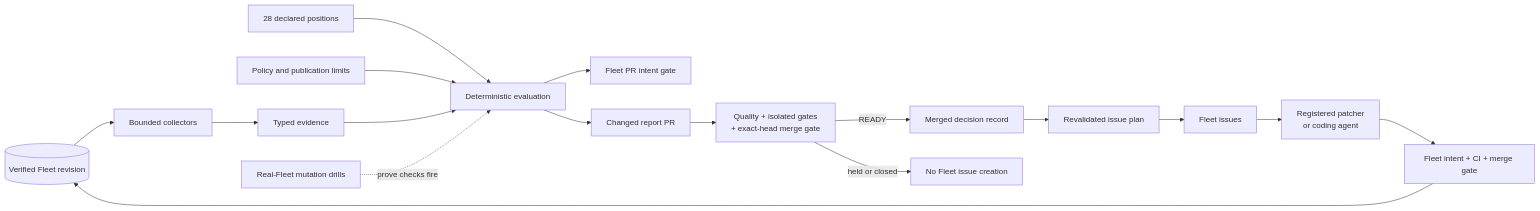
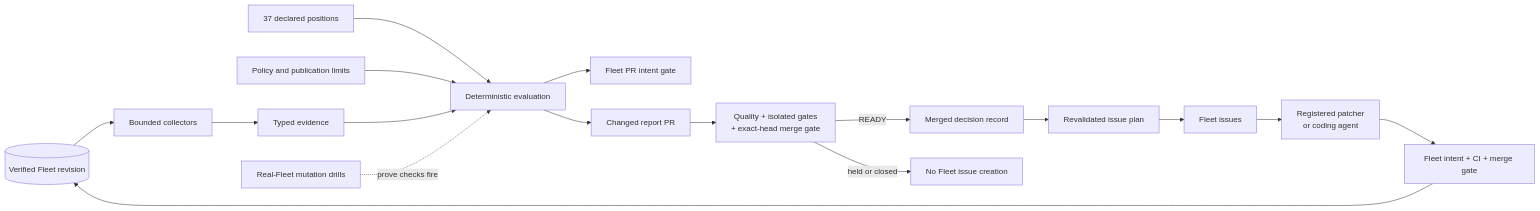
One commit to ImranAdan/infra-fleet-advisor-public changed the diagram in README.md. Above: the diagram before and after it, drawn with Mermaid. The commit also changed other lines of this file and 16 other files, not shown here.

First line of the commit message:
feat(intent): declare nine platform operability positions

````diff
--- a/README.md
+++ b/README.md
@@ -15,20 +15,20 @@
 ```mermaid
 flowchart LR
     Fleet[(Verified Fleet revision)] --> Collect["Bounded collectors"]
-    Intent["28 declared positions"] --> Evaluate["Deterministic evaluation"]
+    Intent["37 declared positions"] --> Evaluate["Deterministic evaluation"]
     Policy["Policy and publication limits"] --> Evaluate
     Collect --> Evidence["Typed evidence"] --> Evaluate
 
     Evaluate --> Gate["Fleet PR intent gate"]
     Evaluate --> Report["Changed report PR"]
     Drills["Real-Fleet mutation drills"] -.->|prove checks fire| Evaluate
 
     Report --> Quality["Quality + isolated gates<br/>+ exact-head merge gate"]
     Quality -->|READY| Baseline["Merged decision record"]
     Quality -->|held or closed| Stop["No Fleet issue creation"]
     Baseline --> Publish["Revalidated issue plan"]
     Publish --> Issues["Fleet issues"]
     Issues --> Fix["Registered patcher<br/>or coding agent"]
     Fix --> FleetPR["Fleet intent + CI + merge gate"]
     FleetPR --> Fleet
 ```
````
